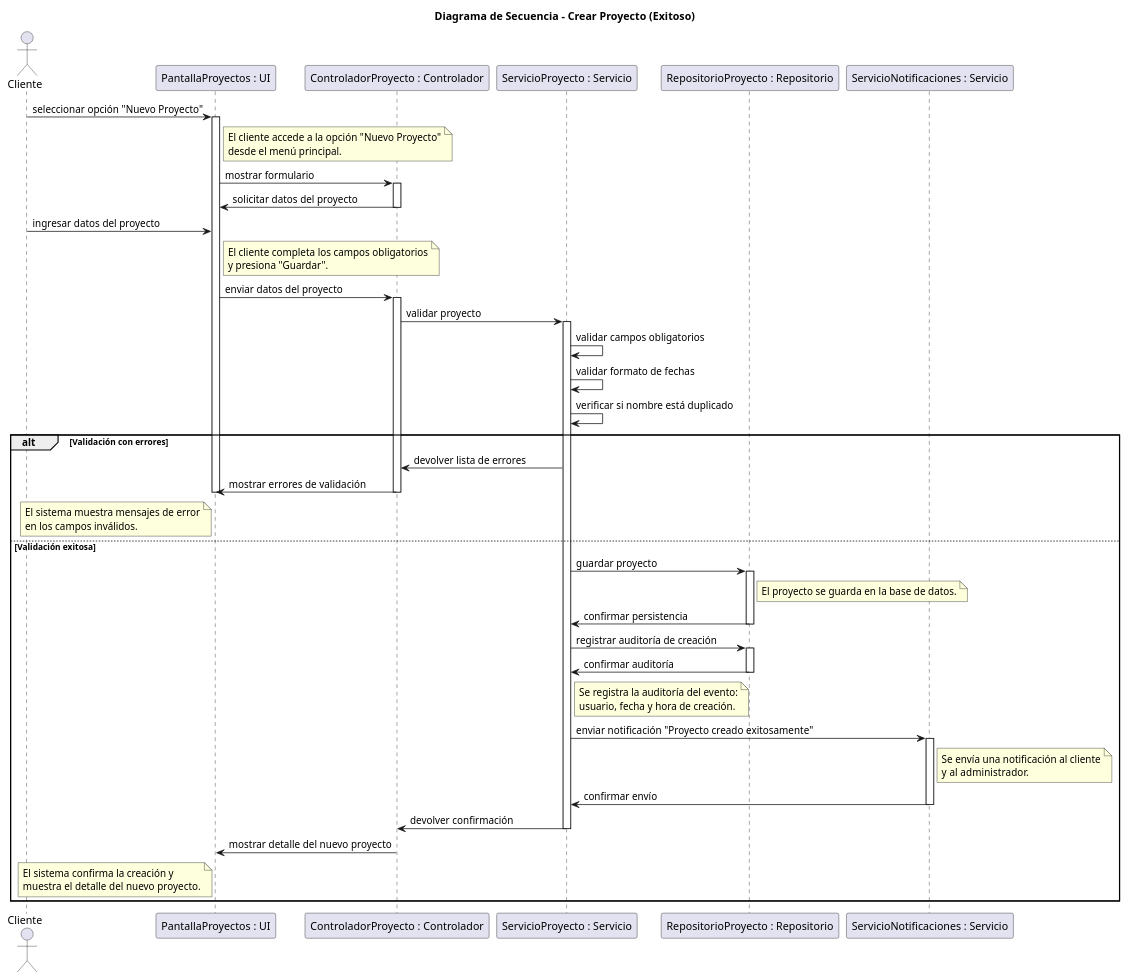
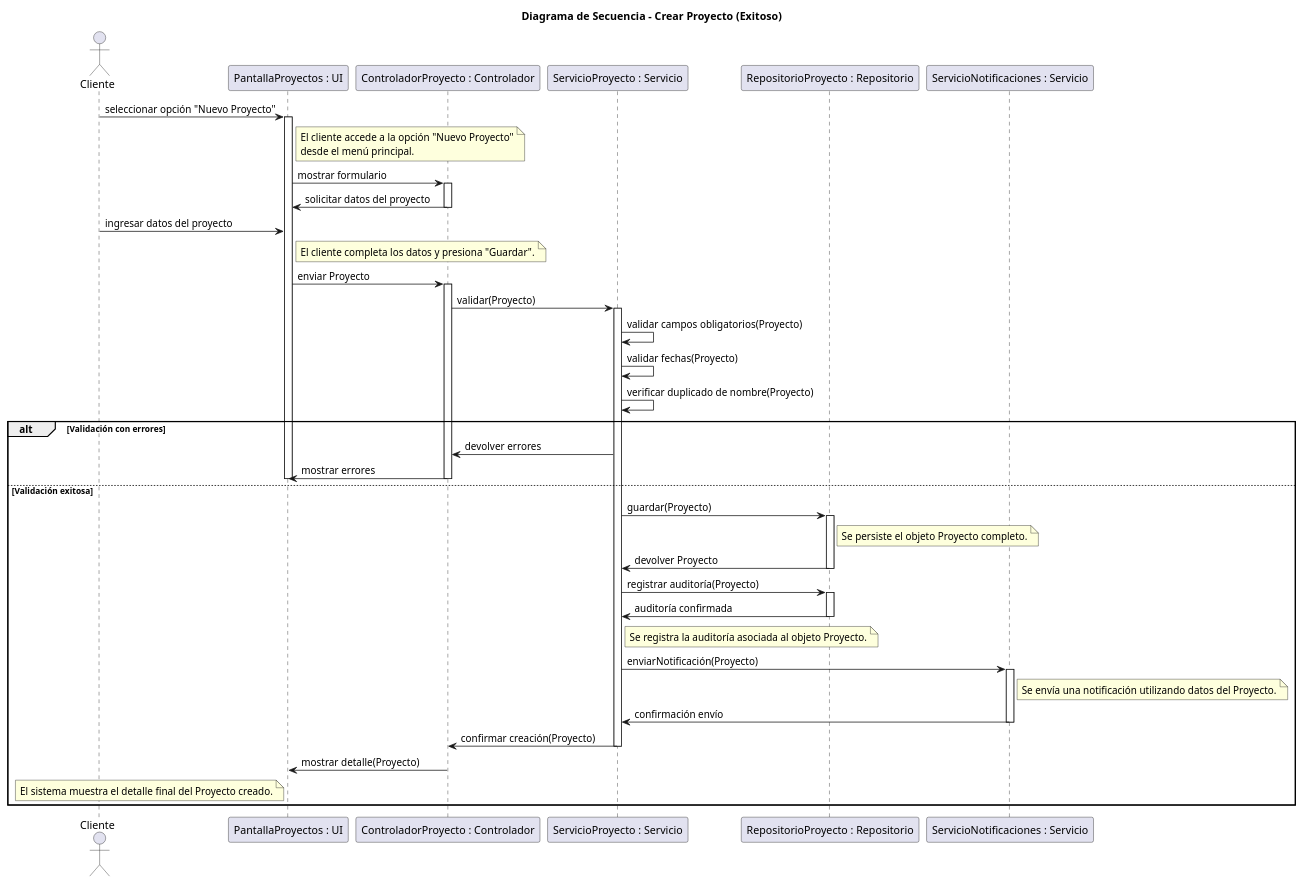
Before and after one commit to GonzaloBarbano/SistemaProductoraVideos: the diagram in diagramas/05-diagramas-secuencia/05-crear-editar-proyecto-crear-proyecto-exitoso-01.puml, drawn with PlantUML. The commit also changed 27 other files, not shown here.

```diff
--- a/diagramas/05-diagramas-secuencia/05-crear-editar-proyecto-crear-proyecto-exitoso-01.puml
+++ b/diagramas/05-diagramas-secuencia/05-crear-editar-proyecto-crear-proyecto-exitoso-01.puml
@@ -1,91 +1,90 @@
 @startuml 
 title Diagrama de Secuencia - Crear Proyecto (Exitoso)
 
 actor Cliente
 participant "PantallaProyectos : UI" as PantallaProyectos
 participant "ControladorProyecto : Controlador" as ControladorProyecto
 participant "ServicioProyecto : Servicio" as ServicioProyecto
 participant "RepositorioProyecto : Repositorio" as RepositorioProyecto
 participant "ServicioNotificaciones : Servicio" as ServicioNotificaciones
 
 ' ==== Inicio del escenario ====
 Cliente -> PantallaProyectos : seleccionar opción "Nuevo Proyecto"
 activate PantallaProyectos
+
 note right of PantallaProyectos
 El cliente accede a la opción "Nuevo Proyecto"
 desde el menú principal.
 end note
 
 PantallaProyectos -> ControladorProyecto : mostrar formulario
 activate ControladorProyecto
 ControladorProyecto -> PantallaProyectos : solicitar datos del proyecto
 deactivate ControladorProyecto
 
 ' ==== Cliente completa el formulario ====
 Cliente -> PantallaProyectos : ingresar datos del proyecto
+
 note right of PantallaProyectos
-El cliente completa los campos obligatorios
-y presiona "Guardar".
+El cliente completa los datos y presiona "Guardar".
 end note
 
-PantallaProyectos -> ControladorProyecto : enviar datos del proyecto
+PantallaProyectos -> ControladorProyecto : enviar Proyecto
 activate ControladorProyecto
-ControladorProyecto -> ServicioProyecto : validar proyecto
+
+ControladorProyecto -> ServicioProyecto : validar(Proyecto)
 activate ServicioProyecto
 
-' ==== Validaciones internas ====
-ServicioProyecto -> ServicioProyecto : validar campos obligatorios
-ServicioProyecto -> ServicioProyecto : validar formato de fechas
-ServicioProyecto -> ServicioProyecto : verificar si nombre está duplicado
+' ==== Validaciones internas sobre Proyecto ====
+ServicioProyecto -> ServicioProyecto : validar campos obligatorios(Proyecto)
+ServicioProyecto -> ServicioProyecto : validar fechas(Proyecto)
+ServicioProyecto -> ServicioProyecto : verificar duplicado de nombre(Proyecto)
 
 ' ==== Bloque corregido ====
 alt Validación con errores
-    ServicioProyecto -> ControladorProyecto : devolver lista de errores
-    ControladorProyecto -> PantallaProyectos : mostrar errores de validación
-    note left of PantallaProyectos
-El sistema muestra mensajes de error
-en los campos inválidos.
-end note
+    ServicioProyecto -> ControladorProyecto : devolver errores
+    ControladorProyecto -> PantallaProyectos : mostrar errores
     deactivate ControladorProyecto
     deactivate PantallaProyectos
 
 else Validación exitosa
-    ServicioProyecto -> RepositorioProyecto : guardar proyecto
+    ServicioProyecto -> RepositorioProyecto : guardar(Proyecto)
     activate RepositorioProyecto
     note right of RepositorioProyecto
-El proyecto se guarda en la base de datos.
+Se persiste el objeto Proyecto completo.
 end note
-    RepositorioProyecto -> ServicioProyecto : confirmar persistencia
+    RepositorioProyecto -> ServicioProyecto : devolver Proyecto
     deactivate RepositorioProyecto
 
-    ServicioProyecto -> RepositorioProyecto : registrar auditoría de creación
+    ServicioProyecto -> RepositorioProyecto : registrar auditoría(Proyecto)
     activate RepositorioProyecto
-    RepositorioProyecto -> ServicioProyecto : confirmar auditoría
+    RepositorioProyecto -> ServicioProyecto : auditoría confirmada
     deactivate RepositorioProyecto
 
     note right of ServicioProyecto
-Se registra la auditoría del evento:
-usuario, fecha y hora de creación.
+Se registra la auditoría asociada al objeto Proyecto.
 end note
 
-    ServicioProyecto -> ServicioNotificaciones : enviar notificación "Proyecto creado exitosamente"
+    ServicioProyecto -> ServicioNotificaciones : enviarNotificación(Proyecto)
     activate ServicioNotificaciones
+
     note right of ServicioNotificaciones
-Se envía una notificación al cliente
-y al administrador.
+Se envía una notificación utilizando datos del Proyecto.
 end note
-    ServicioNotificaciones -> ServicioProyecto : confirmar envío
+
+    ServicioNotificaciones -> ServicioProyecto : confirmación envío
     deactivate ServicioNotificaciones
 
-    ServicioProyecto -> ControladorProyecto : devolver confirmación
+    ServicioProyecto -> ControladorProyecto : confirmar creación(Proyecto)
     deactivate ServicioProyecto
-    ControladorProyecto -> PantallaProyectos : mostrar detalle del nuevo proyecto
+
+    ControladorProyecto -> PantallaProyectos : mostrar detalle(Proyecto)
     note left of PantallaProyectos
-El sistema confirma la creación y
-muestra el detalle del nuevo proyecto.
+El sistema muestra el detalle final del Proyecto creado.
 end note
+
     deactivate ControladorProyecto
     deactivate PantallaProyectos
 end
 
 @enduml
```
